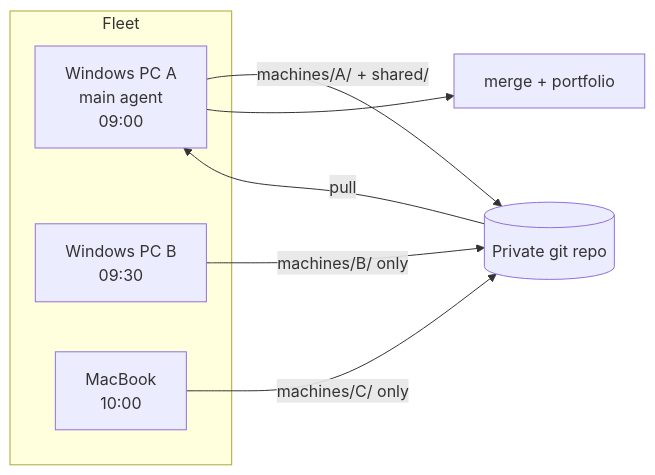
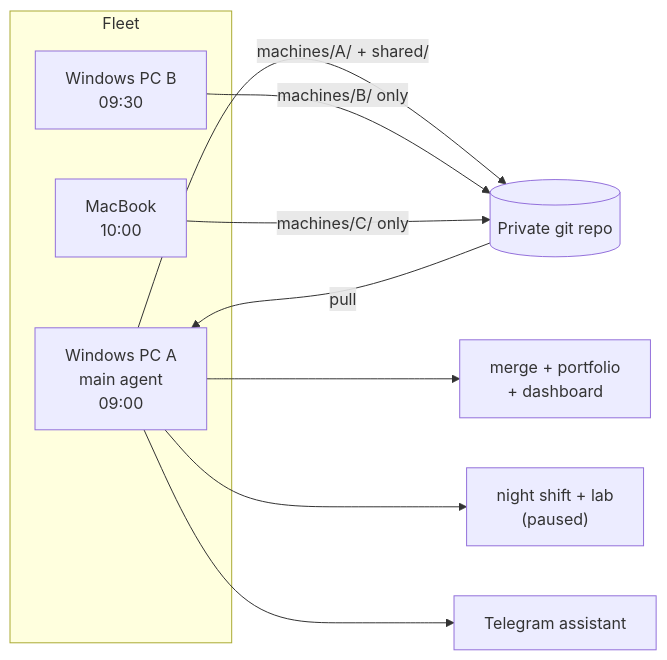
The first of 3 diagrams in README.md (EAeaza/agent-fleet-hub), drawn with Mermaid before and after one commit. The commit also changed other lines of this file and 3 other files, not shown here.

````diff
--- a/README.md
+++ b/README.md
@@ -40,14 +67,16 @@
 ```mermaid
 flowchart LR
   subgraph Fleet
     A["Windows PC A<br/>main agent<br/>09:00"]
     B["Windows PC B<br/>09:30"]
     C["MacBook<br/>10:00"]
   end
   R[("Private git repo")]
   A -- "machines/A/ + shared/" --> R
   B -- "machines/B/ only" --> R
   C -- "machines/C/ only" --> R
   R -- "pull" --> A
-  A --> M["merge + portfolio"]
+  A --> M["merge + portfolio<br/>+ dashboard"]
+  A --> N["night shift + lab<br/>(paused)"]
+  A --> T["Telegram assistant"]
 ```
````
